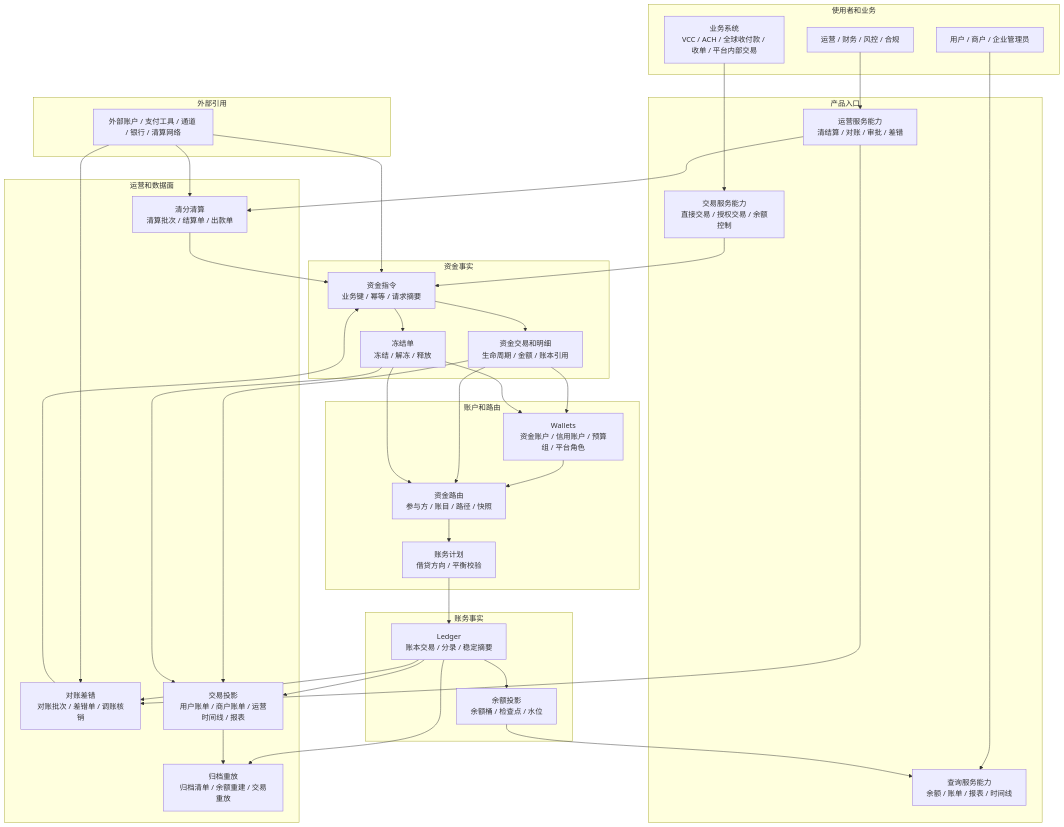
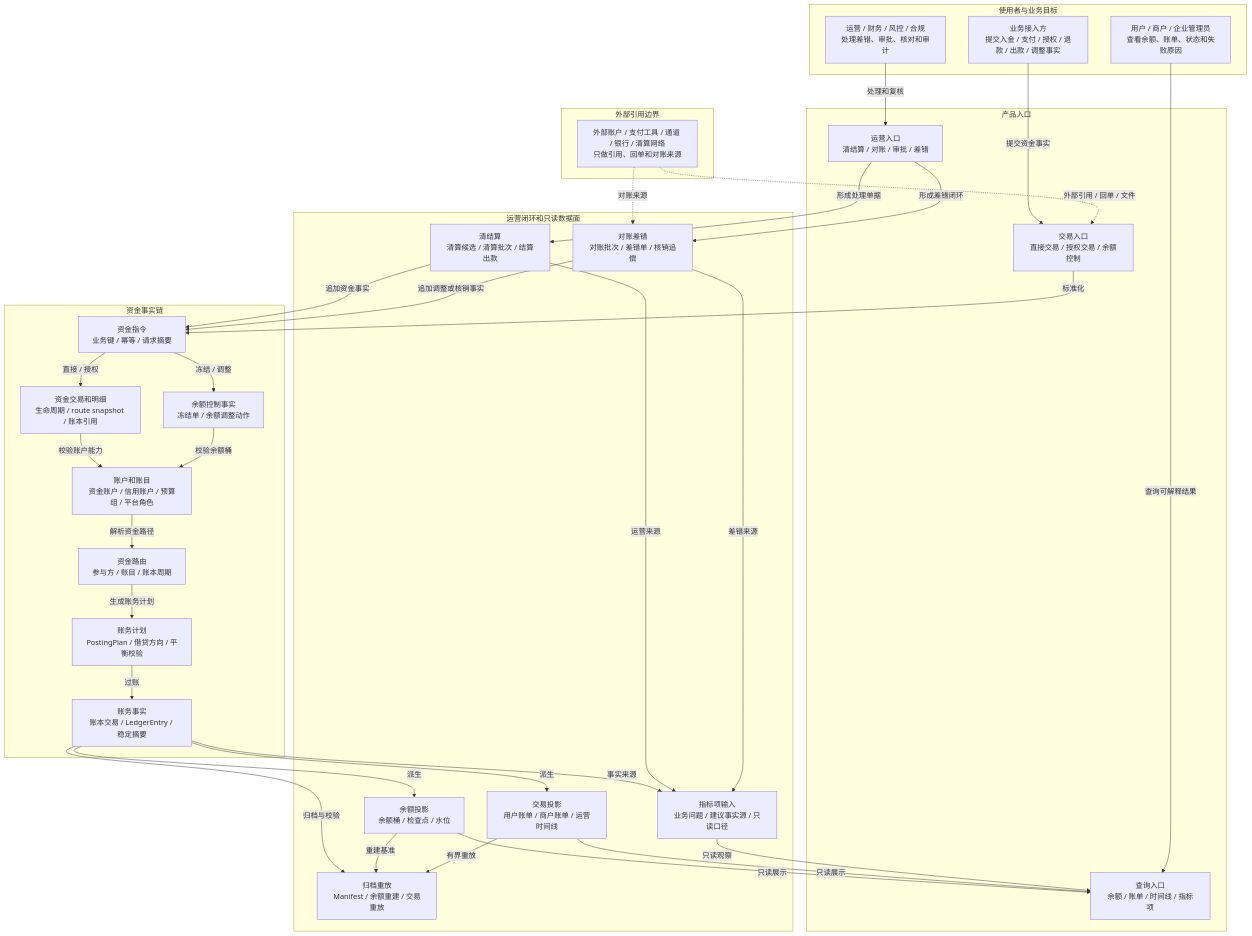
Before and after one commit to fengwuxp/wind-funds: the seventh of 9 diagrams in docs/产品设计/01-PRD总览.md, drawn with Mermaid. The commit also changed other lines of this file and 23 other files, not shown here.

````diff
--- a/docs/产品设计/01-PRD总览.md
+++ b/docs/产品设计/01-PRD总览.md
@@ -345,71 +351,66 @@
 ```mermaid
 flowchart TB
-    subgraph L0["使用者和业务"]
-        Biz["业务系统\nVCC / ACH / 全球收付款 / 收单 / 平台内部交易"]
-        User["用户 / 商户 / 企业管理员"]
-        Ops["运营 / 财务 / 风控 / 合规"]
+    subgraph L0["使用者与业务目标"]
+        Biz["业务接入方\n提交入金 / 支付 / 授权 / 退款 / 出款 / 调整事实"]
+        User["用户 / 商户 / 企业管理员\n查看余额、账单、状态和失败原因"]
+        Ops["运营 / 财务 / 风控 / 合规\n处理差错、审批、核对和审计"]
     end
 
     subgraph L1["产品入口"]
-        Tx["交易服务能力\n直接交易 / 授权交易 / 余额控制"]
-        Query["查询服务能力\n余额 / 账单 / 报表 / 时间线"]
-        Admin["运营服务能力\n清结算 / 对账 / 审批 / 差错"]
+        Tx["交易入口\n直接交易 / 授权交易 / 余额控制"]
+        Query["查询入口\n余额 / 账单 / 时间线 / 指标项"]
+        Workbench["运营入口\n清结算 / 对账 / 审批 / 差错"]
     end
 
-    subgraph L2["资金事实"]
+    subgraph L2["资金事实链"]
         Instruction["资金指令\n业务键 / 幂等 / 请求摘要"]
-        FundsTxn["资金交易和明细\n生命周期 / 金额 / 账本引用"]
-        Frozen["冻结单\n冻结 / 解冻 / 释放"]
+        FundsTxn["资金交易和明细\n生命周期 / route snapshot / 账本引用"]
+        Control["余额控制事实\n冻结单 / 余额调整动作"]
+        Account["账户和账目\n资金账户 / 信用账户 / 预算组 / 平台角色"]
+        Route["资金路由\n参与方 / 账目 / 账本周期"]
+        Posting["账务计划\nPostingPlan / 借贷方向 / 平衡校验"]
+        Ledger["账务事实\n账本交易 / LedgerEntry / 稳定摘要"]
     end
 
-    subgraph L3["账户和路由"]
-        Wallets["Wallets\n资金账户 / 信用账户 / 预算组 / 平台角色"]
-        Route["资金路由\n参与方 / 账目 / 路径 / 快照"]
-        Posting["账务计划\n借贷方向 / 平衡校验"]
+    subgraph L3["运营闭环和只读数据面"]
+        Balance["余额投影\n余额桶 / 检查点 / 水位"]
+        View["交易投影\n用户账单 / 商户账单 / 运营时间线"]
+        Clearing["清结算\n清算候选 / 清算批次 / 结算出款"]
+        Recon["对账差错\n对账批次 / 差错单 / 核销追偿"]
+        Archive["归档重放\nManifest / 余额重建 / 交易重放"]
+        Metrics["指标项输入\n业务问题 / 建议事实源 / 只读口径"]
     end
 
-    subgraph L4["账务事实"]
-        Ledger["Ledger\n账本交易 / 分录 / 稳定摘要"]
-        Balance["余额投影\n余额桶 / 检查点 / 水位"]
+    subgraph L4["外部引用边界"]
+        External["外部账户 / 支付工具 / 通道 / 银行 / 清算网络\n只做引用、回单和对账来源"]
     end
 
-    subgraph L5["运营和数据面"]
-        Clearing["清分清算\n清算批次 / 结算单 / 出款单"]
-        Recon["对账差错\n对账批次 / 差错单 / 调账核销"]
-        View["交易投影\n用户账单 / 商户账单 / 运营时间线 / 报表"]
-        Archive["归档重放\n归档清单 / 余额重建 / 交易重放"]
-    end
-
-    subgraph L6["外部引用"]
-        External["外部账户 / 支付工具 / 通道 / 银行 / 清算网络"]
-    end
-
-    Biz --> Tx
-    User --> Query
-    Ops --> Admin
-    Tx --> Instruction
-    Instruction --> FundsTxn
-    Instruction --> Frozen
-    FundsTxn --> Wallets
-    Frozen --> Wallets
-    Wallets --> Route
-    FundsTxn --> Route
-    Frozen --> Route
-    Route --> Posting
-    Posting --> Ledger
-    Ledger --> Balance
-    Balance --> Query
-    FundsTxn --> View
-    Frozen --> View
-    Ledger --> View
-    Admin --> Clearing
-    Admin --> Recon
-    Clearing --> Instruction
-    Recon --> Instruction
-    Ledger --> Recon
-    Ledger --> Archive
-    View --> Archive
-    External --> Instruction
-    External --> Clearing
-    External --> Recon
+    Biz -->|提交资金事实| Tx
+    User -->|查询可解释结果| Query
+    Ops -->|处理和复核| Workbench
+    Tx -->|标准化| Instruction
+    Instruction -->|直接 / 授权| FundsTxn
+    Instruction -->|冻结 / 调整| Control
+    FundsTxn -->|校验账户能力| Account
+    Control -->|校验余额桶| Account
+    Account -->|解析资金路径| Route
+    Route -->|生成账务计划| Posting
+    Posting -->|过账| Ledger
+    Ledger -->|派生| Balance
+    Ledger -->|派生| View
+    Workbench -->|形成处理单据| Clearing
+    Workbench -->|形成差错闭环| Recon
+    Clearing -->|追加资金事实| Instruction
+    Recon -->|追加调整或核销事实| Instruction
+    Ledger -->|归档与校验| Archive
+    Balance -->|重建基准| Archive
+    View -->|有界重放| Archive
+    Balance -->|只读展示| Query
+    View -->|只读展示| Query
+    Ledger -->|事实来源| Metrics
+    Clearing -->|运营来源| Metrics
+    Recon -->|差错来源| Metrics
+    Metrics -->|只读观察| Query
+    External -.->|外部引用 / 回单 / 文件| Tx
+    External -.->|对账来源| Recon
 ```
````
